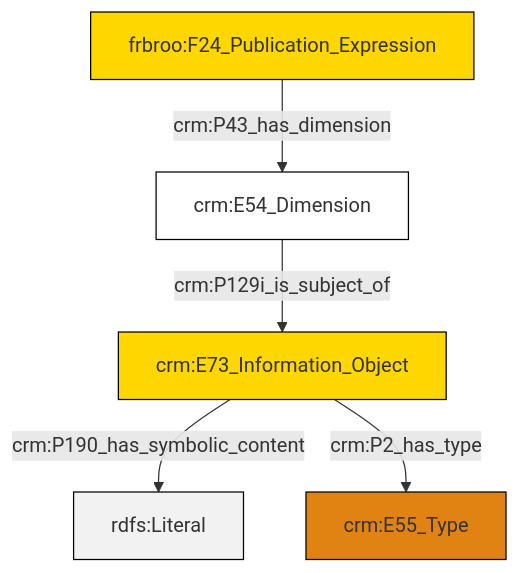
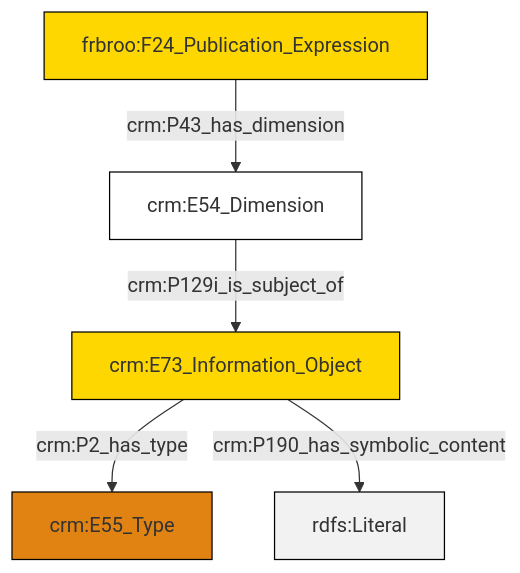
Before and after one commit to swiss-art-research-net/docs.swissartresearch: the diagram in et/biblioCSV/ttl/mmd/biblio_substance.ttl.mmd, drawn with Mermaid. The commit also changed 177 other files, not shown here.

```diff
--- a/et/biblioCSV/ttl/mmd/biblio_substance.ttl.mmd
+++ b/et/biblioCSV/ttl/mmd/biblio_substance.ttl.mmd
@@ -1,19 +1,19 @@
 graph TD
 classDef Literal fill:#f2f2f2,stroke:#000000;
 classDef CRM_Entity fill:#FFFFFF,stroke:#000000;
 classDef Temporal_Entity fill:#00C9E6, stroke:#000000;
 classDef Type fill:#E18312, stroke:#000000;
 classDef Time-Span fill:#2C9C91, stroke:#000000;
 classDef Appellation fill:#FFEB7F, stroke:#000000;
 classDef Place fill:#008836, stroke:#000000;
 classDef Persistent_Item fill:#B266B2, stroke:#000000;
 classDef Conceptual_Object fill:#FFD700, stroke:#000000;
 classDef Physical_Thing fill:#D2B48C, stroke:#000000;
 classDef Actor fill:#f58aad, stroke:#000000;
 classDef PC_Classes fill:#4ce600, stroke:#000000;
 classDef Multi fill:#cccccc,stroke:#000000;
 
 0["frbroo:F24_Publication_Expression"]:::Conceptual_Object -->|crm:P43_has_dimension| 1["crm:E54_Dimension"]:::CRM_Entity
-2["crm:E73_Information_Object"]:::Conceptual_Object -->|crm:P190_has_symbolic_content| 3[rdfs:Literal]:::Literal
-2["crm:E73_Information_Object"]:::Conceptual_Object -->|crm:P2_has_type| 4["crm:E55_Type"]:::Type
-1["crm:E54_Dimension"]:::CRM_Entity -->|crm:P129i_is_subject_of| 2["crm:E73_Information_Object"]:::Conceptual_Object
+3["crm:E73_Information_Object"]:::Conceptual_Object -->|crm:P2_has_type| 4["crm:E55_Type"]:::Type
+1["crm:E54_Dimension"]:::CRM_Entity -->|crm:P129i_is_subject_of| 3["crm:E73_Information_Object"]:::Conceptual_Object
+3["crm:E73_Information_Object"]:::Conceptual_Object -->|crm:P190_has_symbolic_content| 7[rdfs:Literal]:::Literal
```
